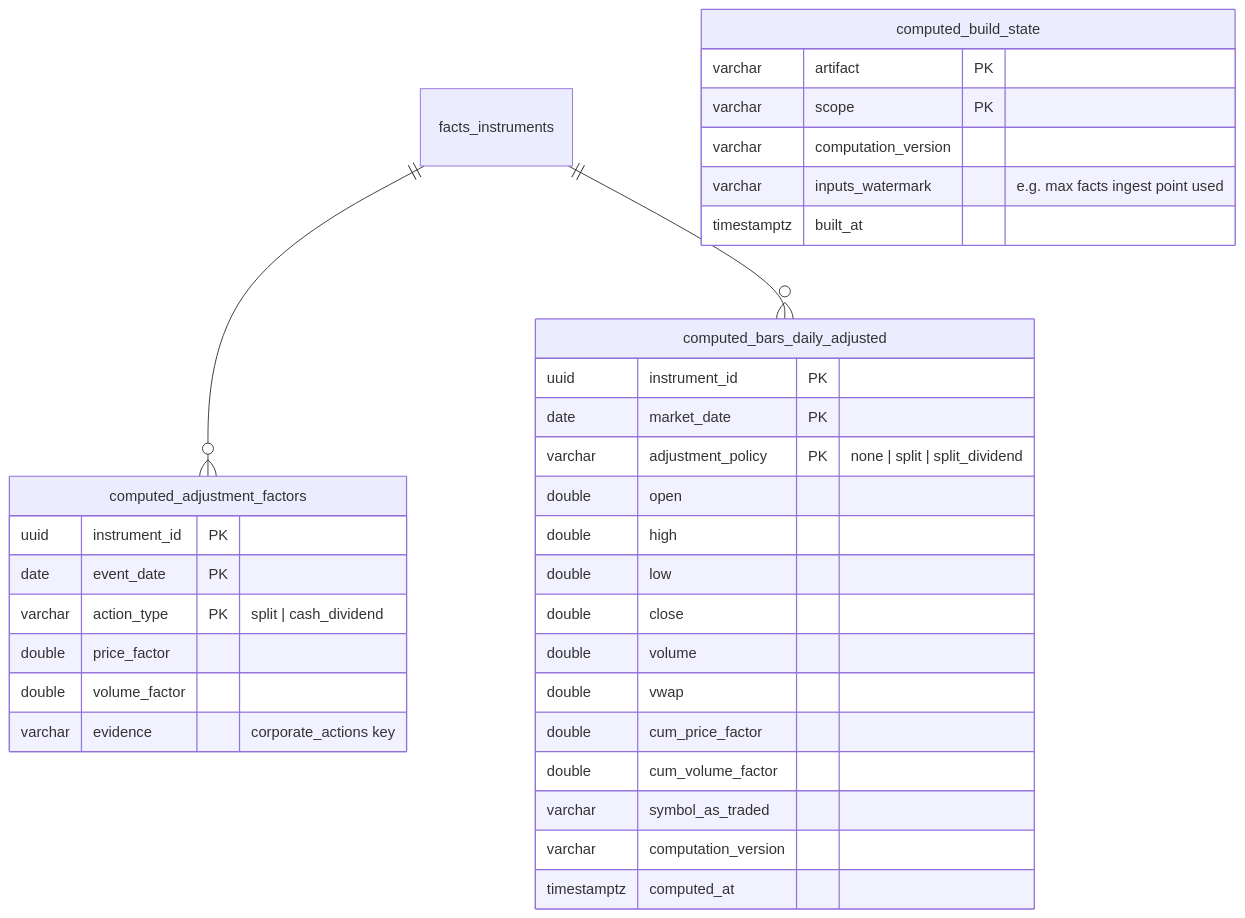
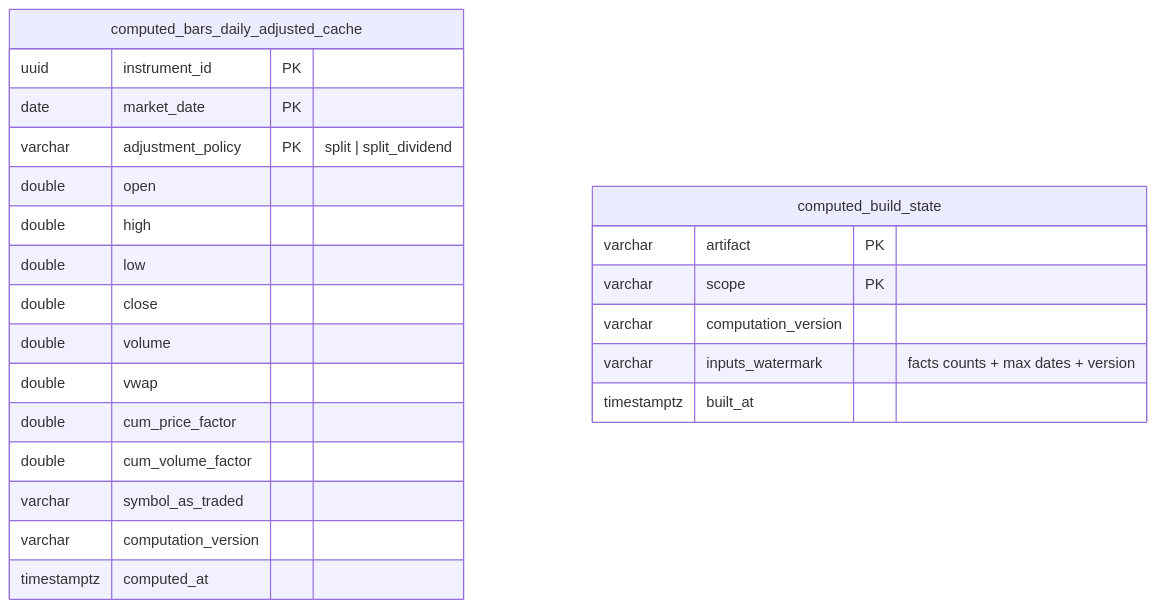
The fifth of 5 diagrams in docs/data-model.md (garysui/atm3), drawn with Mermaid before and after one commit. The commit also changed other lines of this file and 15 other files, not shown here.

First line of the commit message:
Rework computed layer: algorithm-first (schema v3)

````diff
--- a/docs/data-model.md
+++ b/docs/data-model.md
@@ -341,37 +365,26 @@
 ```mermaid
 erDiagram
-  facts_instruments ||--o{ computed_adjustment_factors : ""
-  facts_instruments ||--o{ computed_bars_daily_adjusted : ""
-
-  computed_adjustment_factors {
-    uuid instrument_id PK
-    date event_date PK
-    varchar action_type PK "split | cash_dividend"
-    double price_factor
-    double volume_factor
-    varchar evidence "corporate_actions key"
-  }
-  computed_bars_daily_adjusted {
+  computed_bars_daily_adjusted_cache {
     uuid instrument_id PK
     date market_date PK
-    varchar adjustment_policy PK "none | split | split_dividend"
+    varchar adjustment_policy PK "split | split_dividend"
     double open
     double high
     double low
     double close
     double volume
     double vwap
     double cum_price_factor
     double cum_volume_factor
     varchar symbol_as_traded
     varchar computation_version
     timestamptz computed_at
   }
   computed_build_state {
     varchar artifact PK
     varchar scope PK
     varchar computation_version
-    varchar inputs_watermark "e.g. max facts ingest point used"
+    varchar inputs_watermark "facts counts + max dates + version"
     timestamptz built_at
   }
 ```
````
